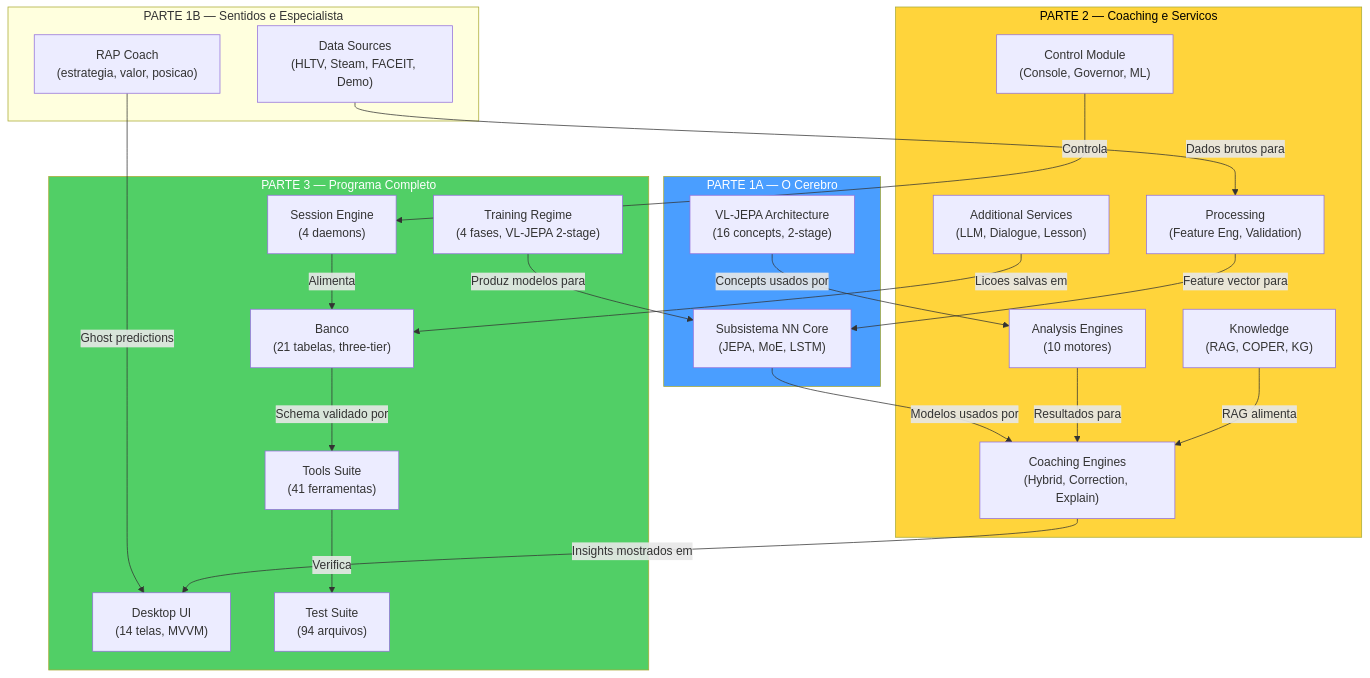
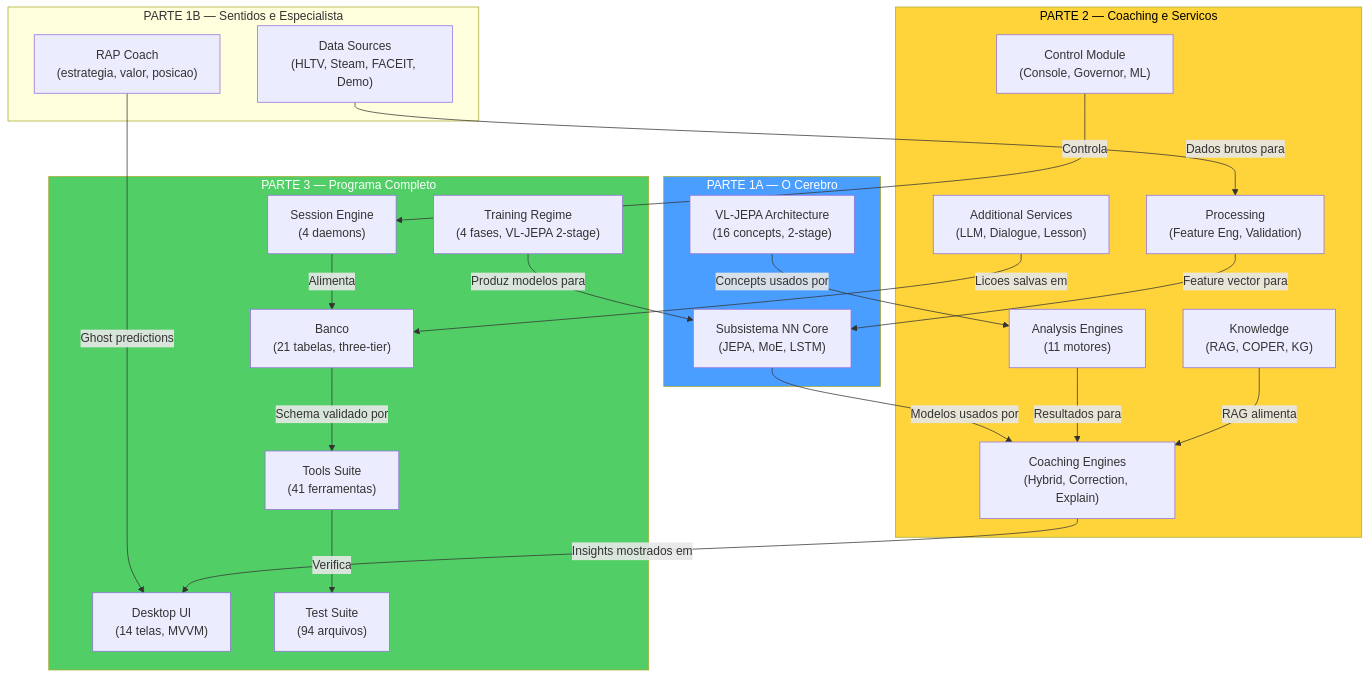
One commit to renanaugustomacena-ux/Counter-Strike-coach-AI changed diagram 55 of 55 in docs/books/Book-Coach-3-pt.md. Above: the diagram before and after it, drawn with Mermaid. The commit also changed other lines of this file and 29 other files, not shown here.

````diff
--- a/docs/books/Book-Coach-3-pt.md
+++ b/docs/books/Book-Coach-3-pt.md
@@ -2978,46 +3041,46 @@
 ```mermaid
 flowchart TB
     subgraph PART1A["PARTE 1A — O Cerebro"]
         P1_NN["Subsistema NN Core<br/>(JEPA, MoE, LSTM)"]
         P1_VL["VL-JEPA Architecture<br/>(16 concepts, 2-stage)"]
     end
     subgraph PART1B["PARTE 1B — Sentidos e Especialista"]
         P1_RAP["RAP Coach<br/>(estrategia, valor, posicao)"]
         P1_DS["Data Sources<br/>(HLTV, Steam, FACEIT, Demo)"]
     end
     subgraph PART2["PARTE 2 — Coaching e Servicos"]
         P2_CE["Coaching Engines<br/>(Hybrid, Correction, Explain)"]
         P2_SV["Additional Services<br/>(LLM, Dialogue, Lesson)"]
-        P2_AN["Analysis Engines<br/>(10 motores)"]
+        P2_AN["Analysis Engines<br/>(11 motores)"]
         P2_KN["Knowledge<br/>(RAG, COPER, KG)"]
         P2_PR["Processing<br/>(Feature Eng, Validation)"]
         P2_CT["Control Module<br/>(Console, Governor, ML)"]
     end
     subgraph PART3["PARTE 3 — Programa Completo"]
         P3_DB["Banco<br/>(21 tabelas, three-tier)"]
         P3_TR["Training Regime<br/>(4 fases, VL-JEPA 2-stage)"]
         P3_UI["Desktop UI<br/>(14 telas, MVVM)"]
         P3_SE["Session Engine<br/>(4 daemons)"]
         P3_TL["Tools Suite<br/>(41 ferramentas)"]
         P3_TS["Test Suite<br/>(94 arquivos)"]
     end
 
     P1_NN -->|"Modelos usados por"| P2_CE
     P1_VL -->|"Concepts usados por"| P2_AN
     P1_RAP -->|"Ghost predictions"| P3_UI
     P1_DS -->|"Dados brutos para"| P2_PR
     P2_CE -->|"Insights mostrados em"| P3_UI
     P2_SV -->|"Licoes salvas em"| P3_DB
     P2_AN -->|"Resultados para"| P2_CE
     P2_KN -->|"RAG alimenta"| P2_CE
     P2_PR -->|"Feature vector para"| P1_NN
     P2_CT -->|"Controla"| P3_SE
     P3_DB -->|"Schema validado por"| P3_TL
     P3_TR -->|"Produz modelos para"| P1_NN
     P3_SE -->|"Alimenta"| P3_DB
     P3_TL -->|"Verifica"| P3_TS
 
     style PART1A fill:#4a9eff,color:#fff
     style PART2 fill:#ffd43b,color:#000
     style PART3 fill:#51cf66,color:#fff
 ```
````
